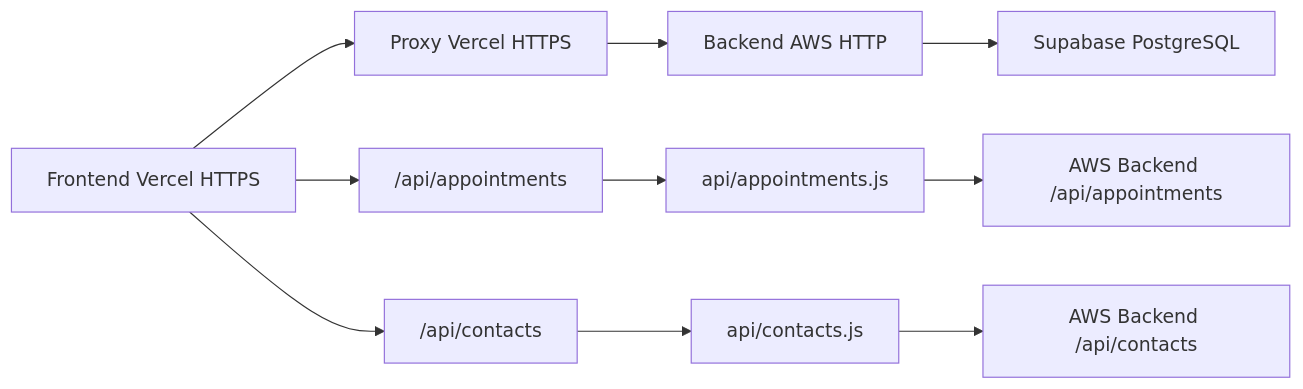
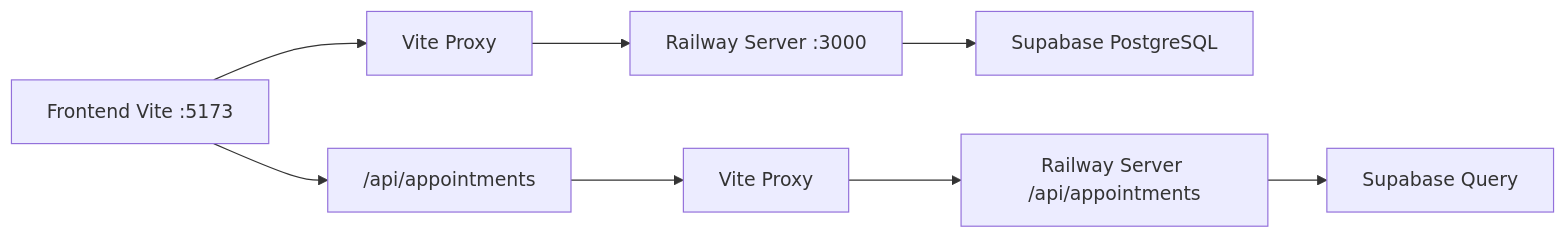
One commit to caiorodrigo10/Operabase changed the diagram in docs/BACKEND-ARCHITECTURE.md. Above: the diagram before and after it, drawn with Mermaid. The commit also changed other lines of this file and 17 other files, not shown here.

````diff
--- a/docs/BACKEND-ARCHITECTURE.md
+++ b/docs/BACKEND-ARCHITECTURE.md
@@ -510,14 +63,11 @@
 ```mermaid
 graph LR
-    A[Frontend Vercel HTTPS] --> B[Proxy Vercel HTTPS]
-    B --> C[Backend AWS HTTP]
+    A[Frontend Vite :5173] --> B[Vite Proxy]
+    B --> C[Railway Server :3000]
     C --> D[Supabase PostgreSQL]
     
     A --> E["/api/appointments"]
-    E --> F["api/appointments.js"]
-    F --> G["AWS Backend /api/appointments"]
-    
-    A --> H["/api/contacts"]
-    H --> I["api/contacts.js"]  
-    I --> J["AWS Backend /api/contacts"]
+    E --> F["Vite Proxy"]
+    F --> G["Railway Server /api/appointments"]
+    G --> H["Supabase Query"]
 ```
````
